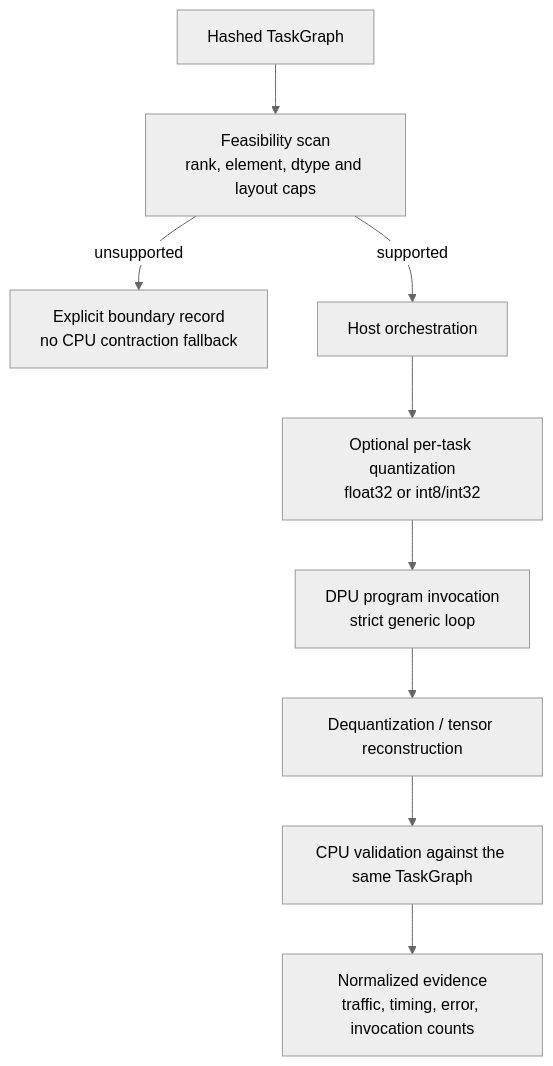
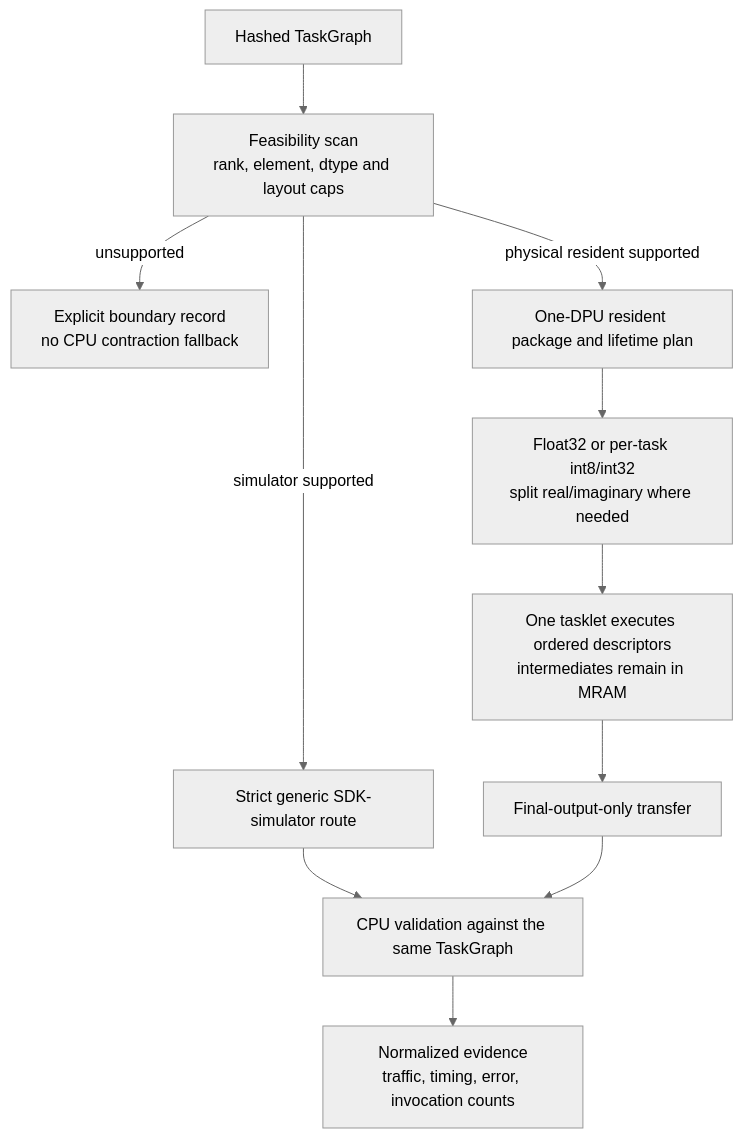
The third of 3 diagrams in thesis/implementation/ARCHITECTURE.md (kazulak/Masters), drawn with Mermaid (neutral theme) before and after one commit. The commit also changed other lines of this file and 3 other files, not shown here.

Commit message:
[thesis] define full UPMEM architecture roadmap

````diff
--- a/thesis/implementation/ARCHITECTURE.md
+++ b/thesis/implementation/ARCHITECTURE.md
@@ -121,11 +126,13 @@
 ```mermaid
 flowchart TD
     G[Hashed TaskGraph] --> F[Feasibility scan<br/>rank, element, dtype and layout caps]
     F -->|unsupported| X[Explicit boundary record<br/>no CPU contraction fallback]
-    F -->|supported| H[Host orchestration]
-    H --> Q[Optional per-task quantization<br/>float32 or int8/int32]
-    Q --> D[DPU program invocation<br/>strict generic loop]
-    D --> R[Dequantization / tensor reconstruction]
-    R --> V[CPU validation against the same TaskGraph]
+    F -->|simulator supported| S[Strict generic SDK-simulator route]
+    F -->|physical resident supported| H[One-DPU resident package and lifetime plan]
+    H --> Q[Float32 or per-task int8/int32<br/>split real/imaginary where needed]
+    Q --> D[One tasklet executes ordered descriptors<br/>intermediates remain in MRAM]
+    D --> R[Final-output-only transfer]
+    S --> V[CPU validation against the same TaskGraph]
+    R --> V
     V --> E[Normalized evidence<br/>traffic, timing, error, invocation counts]
 ```
````
